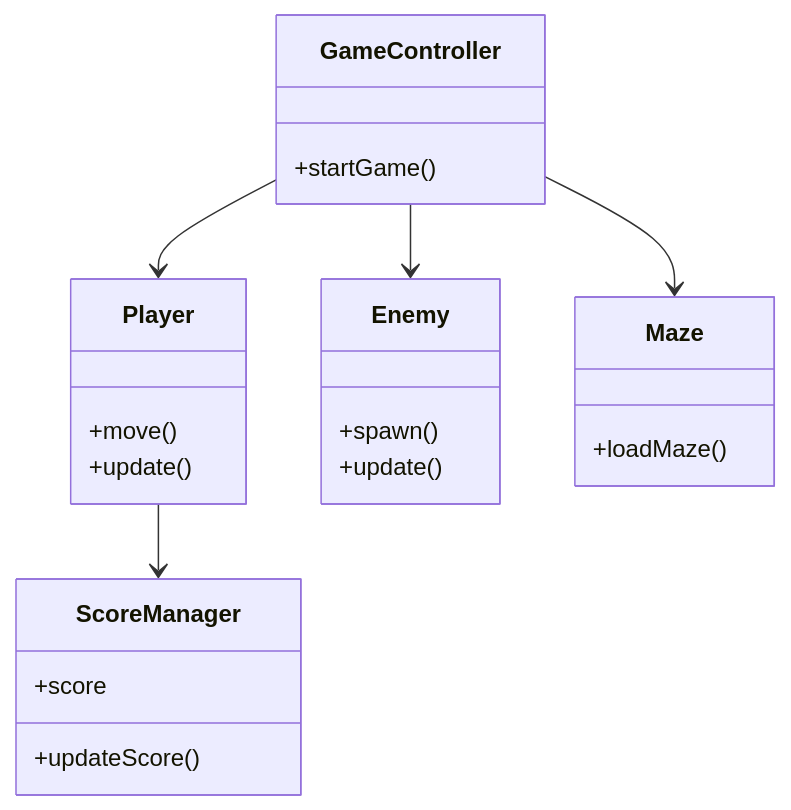
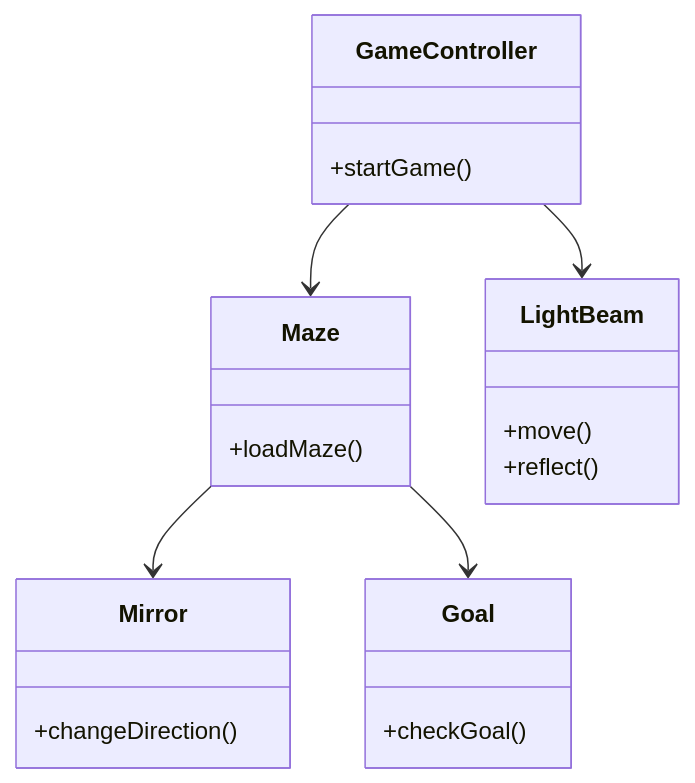
One commit to Fidele135/w0516590-Midterm changed the diagram in docs/uml/initialization_state_class_diagram.mmd. Above: the diagram before and after it, drawn with Mermaid. The commit also changed 1 other file, not shown here.

```diff
--- a/docs/uml/initialization_state_class_diagram.mmd
+++ b/docs/uml/initialization_state_class_diagram.mmd
@@ -1,29 +1,27 @@
 classDiagram
 
 class GameController{
     +startGame()
 }
 
-class Player{
-    +move()
-    +update()
-}
-
-class Enemy{
-    +spawn()
-    +update()
-}
-
 class Maze{
     +loadMaze()
 }
 
-class ScoreManager{
-    +score
-    +updateScore()
+class LightBeam{
+    +move()
+    +reflect()
 }
 
-GameController --> Player
-GameController --> Enemy
+class Mirror{
+    +changeDirection()
+}
+
+class Goal{
+    +checkGoal()
+}
+
 GameController --> Maze
-Player --> ScoreManager
+GameController --> LightBeam
+Maze --> Mirror
+Maze --> Goal
```
